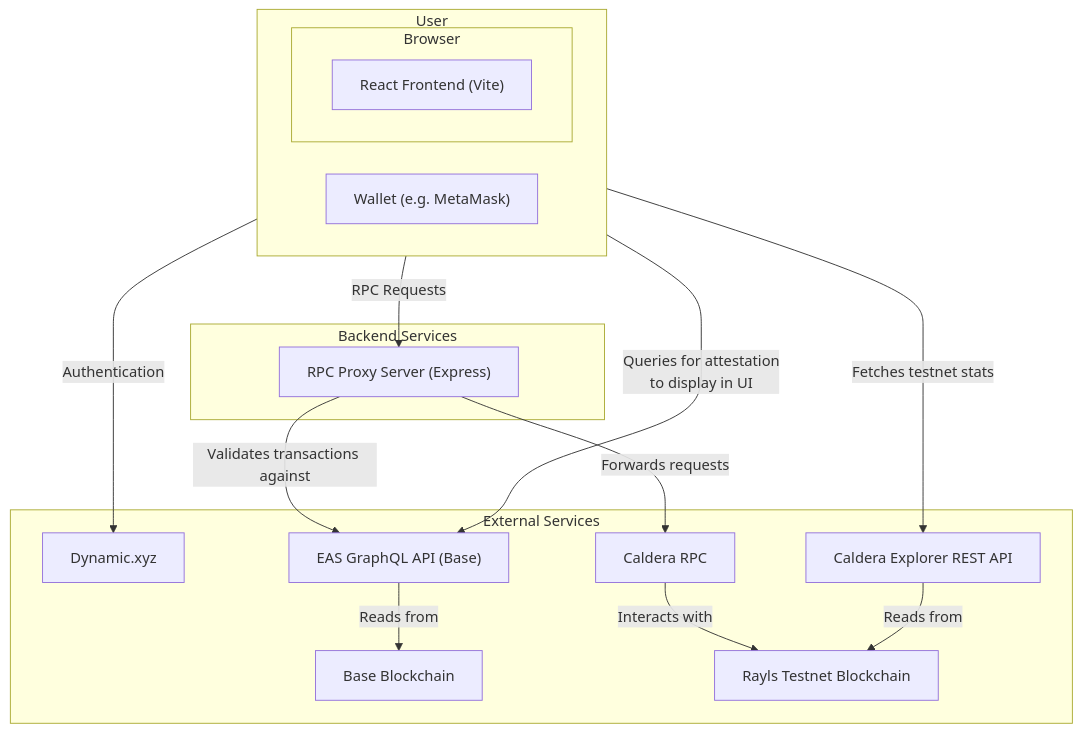
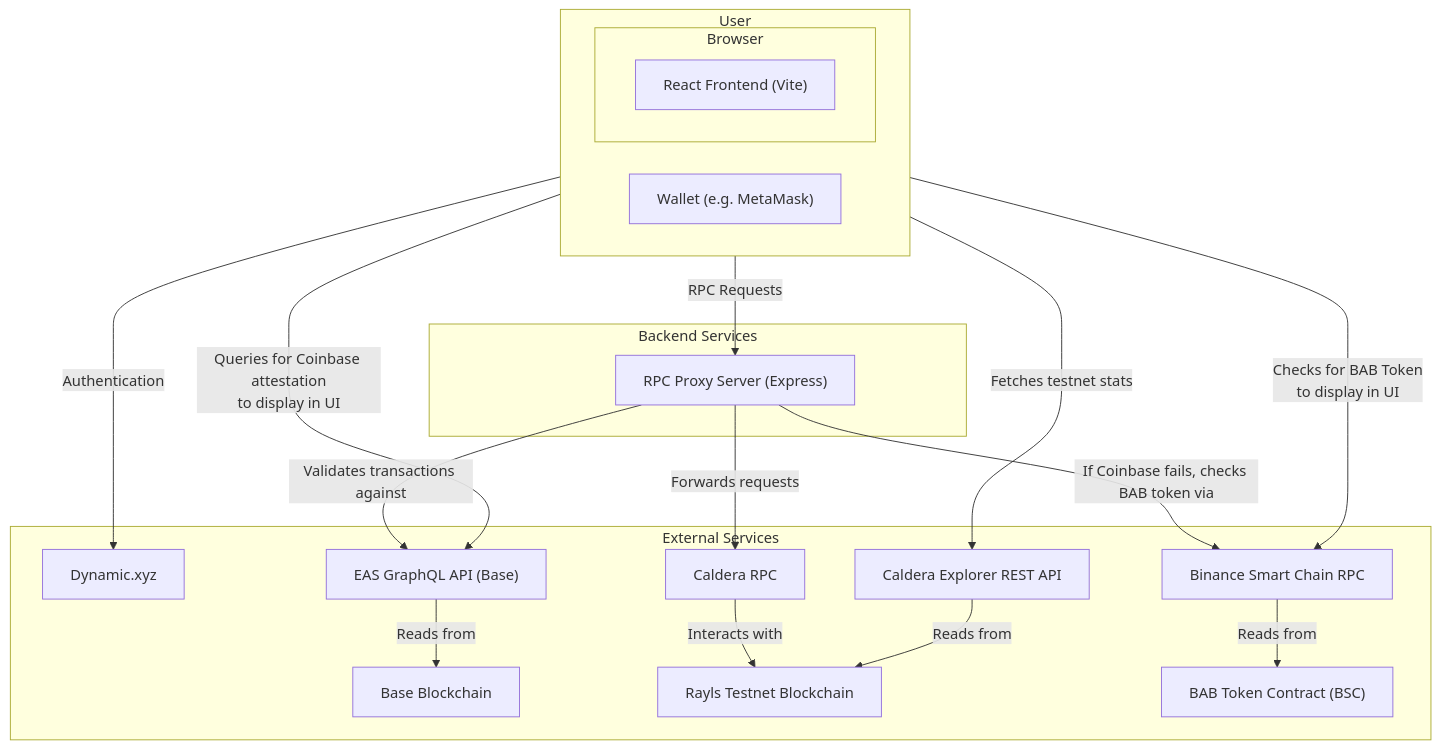
Before and after one commit to AlexJupiter/rayls-dapp: the diagram in README.md, drawn with Mermaid.

Commit message:
Binance added to readme

````diff
--- a/README.md
+++ b/README.md
@@ -20,33 +20,38 @@
 ```mermaid
 graph TD
     subgraph "User"
         direction LR
         subgraph "Browser"
             A["React Frontend (Vite)"]
         end
         H["Wallet (e.g. MetaMask)"]
     end
 
     subgraph "Backend Services"
         B["RPC Proxy Server (Express)"]
     end
 
     subgraph "External Services"
         C["Dynamic.xyz"]
         D["Caldera RPC"]
         E["EAS GraphQL API (Base)"]
         F["Base Blockchain"]
         G["Rayls Testnet Blockchain"]
         I["Caldera Explorer REST API"]
+        J["Binance Smart Chain RPC"]
+        K["BAB Token Contract (BSC)"]
     end
 
     A -- "Authentication" --> C;
-    A -- "Queries for attestation<br/>to display in UI" --> E;
+    A -- "Queries for Coinbase attestation<br/>to display in UI" --> E;
+    A -- "Checks for BAB Token<br/>to display in UI" --> J
     A -- "Fetches testnet stats" --> I;
     H -- "RPC Requests" --> B;
     B -- "Forwards requests" --> D;
     D -- "Interacts with" --> G;
     B -- "Validates transactions against" --> E;
+    B -- "If Coinbase fails, checks BAB token via" --> J
     E -- "Reads from" --> F;
     I -- "Reads from" --> G;
+    J -- "Reads from" --> K;
 ```
````
